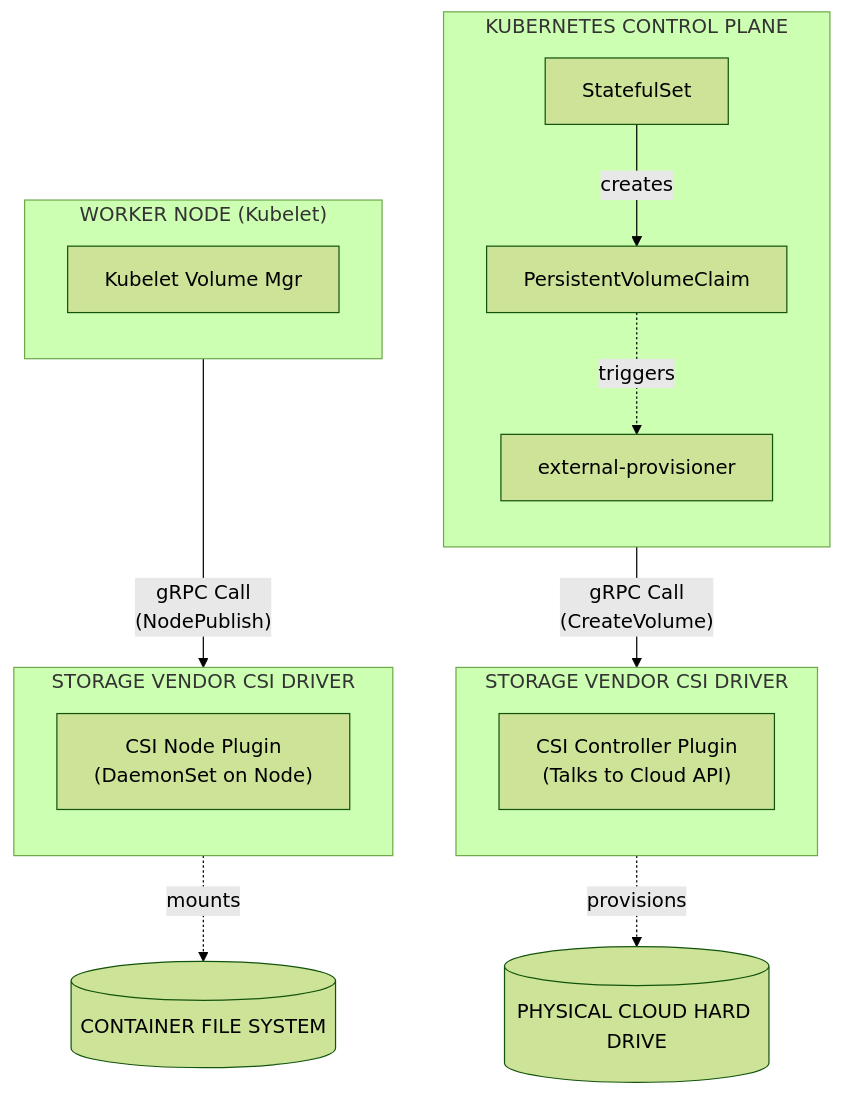
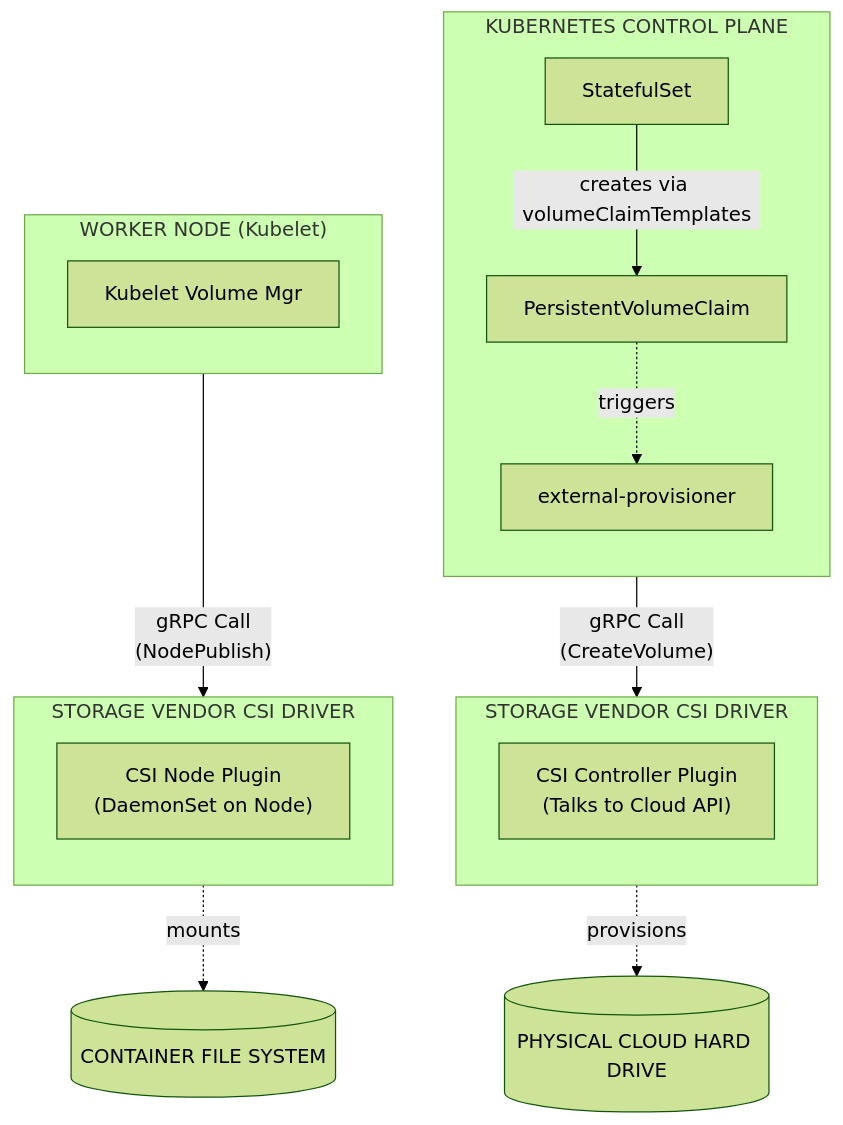
One commit to kube-dojo/kube-dojo changed the second of 2 diagrams in src/content/docs/k8s/kcna/part2-container-orchestration/module-2.3-storage.md. Above: the diagram before and after it, drawn with Mermaid (forest theme). The commit also changed other lines of this file and 4 other files, not shown here.

````diff
--- a/src/content/docs/k8s/kcna/part2-container-orchestration/module-2.3-storage.md
+++ b/src/content/docs/k8s/kcna/part2-container-orchestration/module-2.3-storage.md
@@ -199,33 +199,33 @@
 ```mermaid
 flowchart TD
     subgraph ControlPlane["KUBERNETES CONTROL PLANE"]
         direction TB
-        SS["StatefulSet"] -- "creates" --> PVC["PersistentVolumeClaim"]
+        SS["StatefulSet"] -- "creates via volumeClaimTemplates" --> PVC["PersistentVolumeClaim"]
         PVC -. "triggers" .-> EP["external-provisioner"]
     end
 
     subgraph CSIDriver["STORAGE VENDOR CSI DRIVER"]
         direction TB
         CTRL["CSI Controller Plugin\n(Talks to Cloud API)"]
     end
 
     EP -- "gRPC Call\n(CreateVolume)" --> CTRL
 
     CloudDisk[("PHYSICAL CLOUD HARD DRIVE")]
     CTRL -. "provisions" .-> CloudDisk
 
     subgraph Worker["WORKER NODE (Kubelet)"]
         direction TB
         KVM["Kubelet Volume Mgr"]
     end
 
     subgraph CSINode["STORAGE VENDOR CSI DRIVER"]
         direction TB
         NODE["CSI Node Plugin\n(DaemonSet on Node)"]
     end
 
     KVM -- "gRPC Call\n(NodePublish)" --> NODE
     
     ContainerFS[("CONTAINER FILE SYSTEM")]
     NODE -. "mounts" .-> ContainerFS
 ```
````
